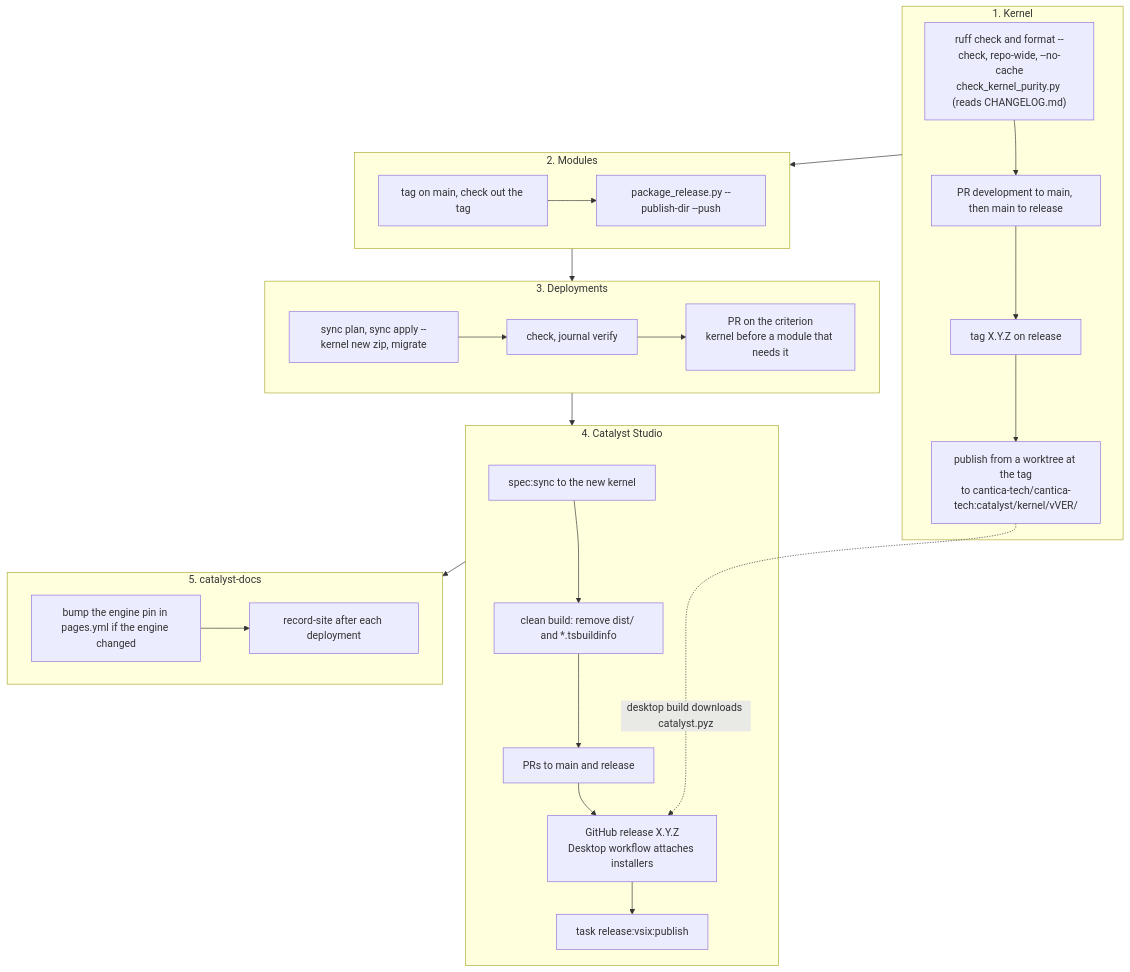
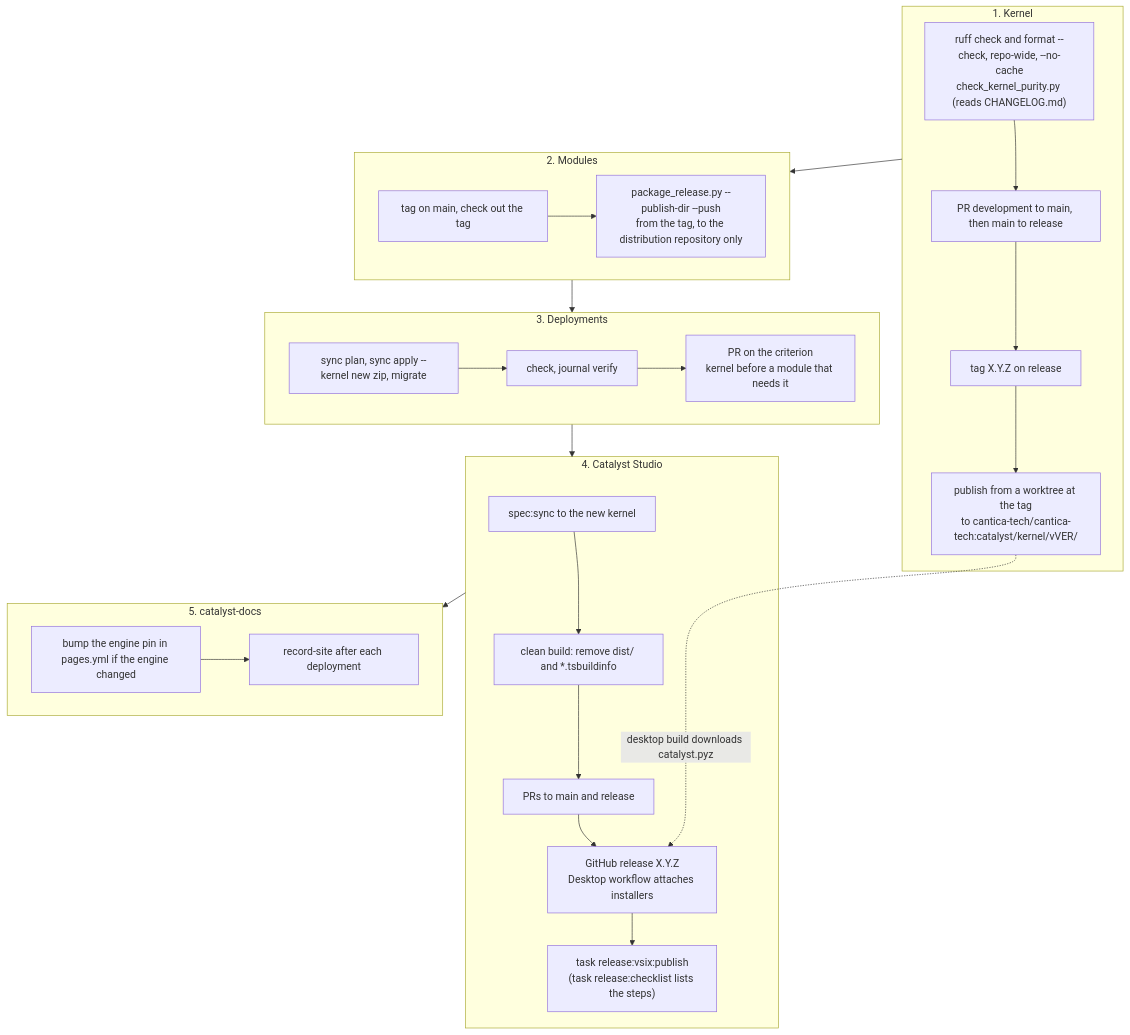
Before and after one commit to cantica-tech/catalyst-docs: diagram 16 of 16 in docs/guide/manual/00-overview-and-runbook.md, drawn with Mermaid. The commit also changed other lines of this file and 9 other files, not shown here.

````diff
--- a/docs/guide/manual/00-overview-and-runbook.md
+++ b/docs/guide/manual/00-overview-and-runbook.md
@@ -471,36 +494,36 @@
 ```mermaid
 flowchart TD
   subgraph K["1. Kernel"]
     KChecks["ruff check and format --check, repo-wide, --no-cache<br/>check_kernel_purity.py (reads CHANGELOG.md)"]
     KPR["PR development to main, then main to release"]
     KTag["tag X.Y.Z on release"]
     KPub["publish from a worktree at the tag<br/>to cantica-tech/cantica-tech:catalyst/kernel/vVER/"]
     KChecks --> KPR --> KTag --> KPub
   end
   subgraph M["2. Modules"]
     MTag["tag on main, check out the tag"]
-    MPkg["package_release.py --publish-dir --push"]
+    MPkg["package_release.py --publish-dir --push<br/>from the tag, to the distribution repository only"]
     MTag --> MPkg
   end
   subgraph D["3. Deployments"]
     DSync["sync plan, sync apply --kernel new zip, migrate"]
     DCheck["check, journal verify"]
     DPR["PR on the criterion<br/>kernel before a module that needs it"]
     DSync --> DCheck --> DPR
   end
   subgraph S["4. Catalyst Studio"]
     SSpec["spec:sync to the new kernel"]
     SClean["clean build: remove dist/ and *.tsbuildinfo"]
     SPR["PRs to main and release"]
     SRel["GitHub release X.Y.Z<br/>Desktop workflow attaches installers"]
-    SVsix["task release:vsix:publish"]
+    SVsix["task release:vsix:publish<br/>(task release:checklist lists the steps)"]
     SSpec --> SClean --> SPR --> SRel --> SVsix
   end
   subgraph C["5. catalyst-docs"]
     CPin["bump the engine pin in pages.yml if the engine changed"]
     CRec["record-site after each deployment"]
     CPin --> CRec
   end
   K --> M --> D --> S --> C
   KPub -. "desktop build downloads catalyst.pyz" .-> SRel
 ```
````
